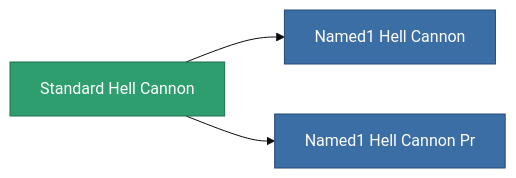
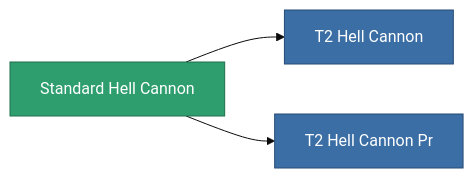
Before and after one commit to OpenPerpetuum/Wiki: the diagram in content/content/items/standard_hell_cannon.md, drawn with Mermaid (base theme). The commit also changed other lines of this file and 4904 other files, not shown here.

````diff
--- a/content/content/items/standard_hell_cannon.md
+++ b/content/content/items/standard_hell_cannon.md
@@ -64,13 +50,13 @@
 ```mermaid
 graph LR
     a["Standard Hell Cannon"]:::current
-    b["Named1 Hell Cannon"]:::prod
+    b["T2 Hell Cannon"]:::prod
     a --> b
-    click b "/content/items/named1-hell-cannon/" "Named1 Hell Cannon"
-    c["Named1 Hell Cannon Pr"]:::prod
+    click b "/content/items/named1-hell-cannon/" "T2 Hell Cannon"
+    c["T2 Hell Cannon Pr"]:::prod
     a --> c
-    click c "/content/items/named1-hell-cannon-pr/" "Named1 Hell Cannon Pr"
+    click c "/content/items/named1-hell-cannon-pr/" "T2 Hell Cannon Pr"
     classDef current fill:#2f9e6f,stroke:#1f6f4a,color:#ffffff
     classDef prod fill:#3b6ea5,stroke:#274a75,color:#ffffff
     classDef more fill:#39445a,stroke:#54658a,color:#d5dbe8
 ```
````
